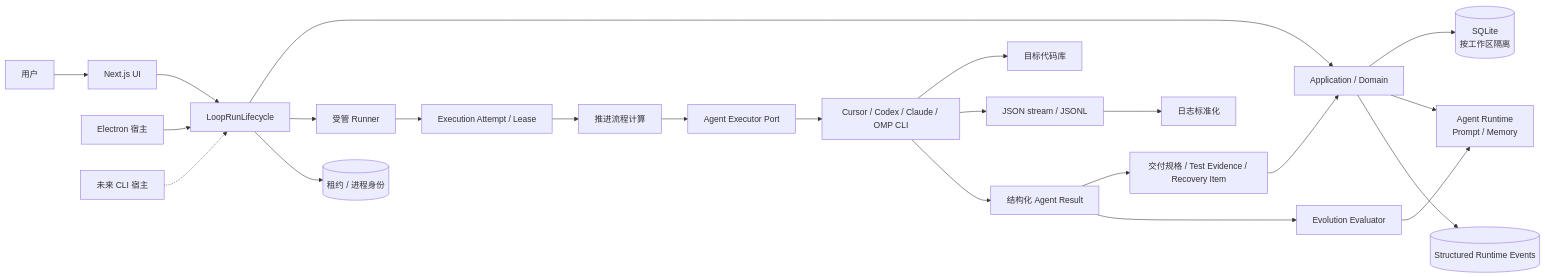
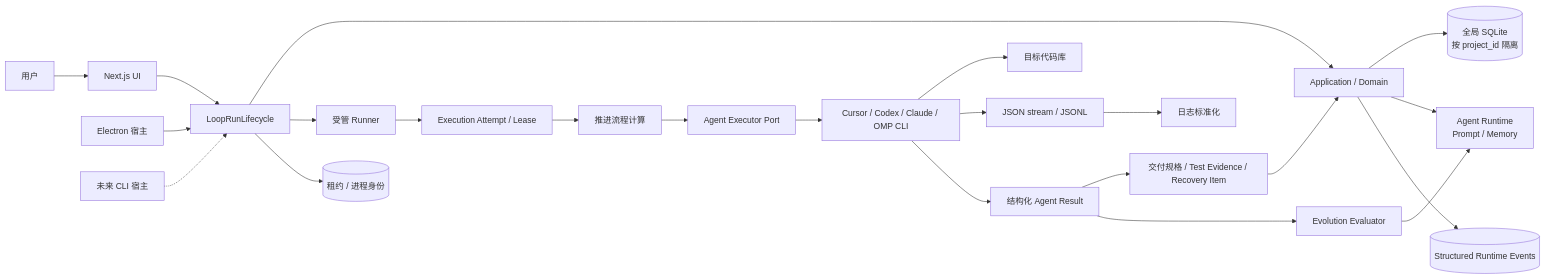
One commit to InspireChina/ai4se-loop-workflow changed the diagram in docs/v1-technical-solution.md. Above: the diagram before and after it, drawn with Mermaid. The commit also changed other lines of this file and 77 other files, not shown here.

````diff
--- a/docs/v1-technical-solution.md
+++ b/docs/v1-technical-solution.md
@@ -26,25 +26,25 @@
 ```mermaid
 flowchart LR
   User["用户"] --> UI["Next.js UI"]
   UI --> Lifecycle["LoopRunLifecycle"]
   Electron["Electron 宿主"] --> Lifecycle
   FutureCLI["未来 CLI 宿主"] -.-> Lifecycle
   Lifecycle --> App["Application / Domain"]
   Lifecycle --> Runner["受管 Runner"]
   Lifecycle --> ProcessFacts[("租约 / 进程身份")]
-  App --> DB[("SQLite\n按工作区隔离")]
+  App --> DB[("全局 SQLite\n按 project_id 隔离")]
   App --> Profiles["Agent Runtime\nPrompt / Memory"]
   Runner --> Attempt["Execution Attempt / Lease"]
   Attempt --> Flow["推进流程计算"]
   Flow --> Executor["Agent Executor Port"]
   Executor --> CLI["Cursor / Codex / Claude / OMP CLI"]
   CLI --> Repo["目标代码库"]
   CLI --> Stream["JSON stream / JSONL"]
   Stream --> Logs["日志标准化"]
   CLI --> Result["结构化 Agent Result"]
   Result --> Evidence["交付规格 / Test Evidence / Recovery Item"]
   Evidence --> App
   Result --> Evolution["Evolution Evaluator"]
   Evolution --> Profiles
   App --> Events[("Structured Runtime Events")]
 ```
````
